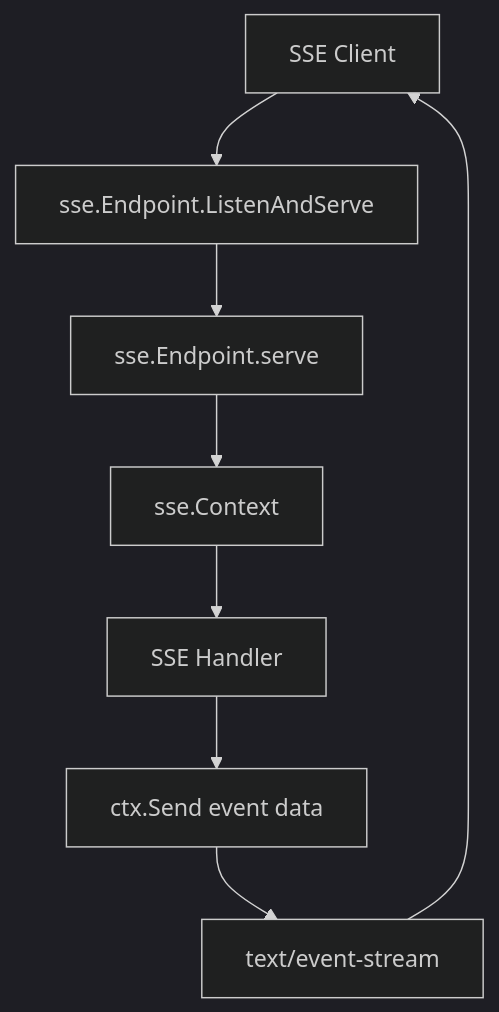
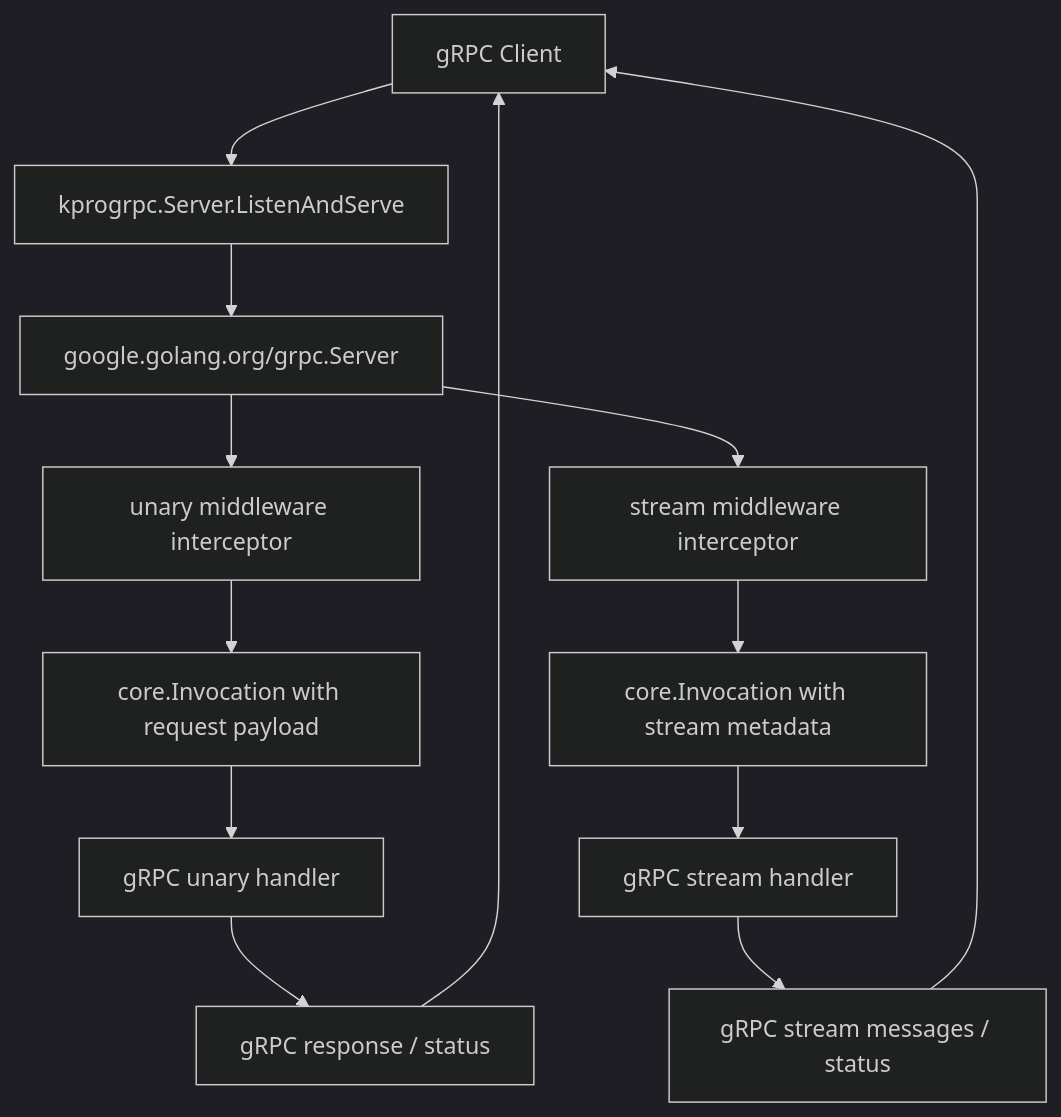
Before and after one commit to saramand9/kpro: the seventh of 8 diagrams in docs/call-flow.md, drawn with Mermaid (dark theme). The commit also changed other lines of this file and 42 other files, not shown here.

Commit message:
refactor: unify protocol middleware invocation

````diff
--- a/docs/call-flow.md
+++ b/docs/call-flow.md
@@ -181,10 +185,15 @@
 ```mermaid
 flowchart TD
-    Client[SSE Client] --> Listen[sse.Endpoint.ListenAndServe]
-    Listen --> Serve[sse.Endpoint.serve]
-    Serve --> Context[sse.Context]
-    Context --> Handler[SSE Handler]
-    Handler --> Send[ctx.Send event data]
-    Send --> Stream[text/event-stream]
-    Stream --> Client
+    Client[gRPC Client] --> Listen[kprogrpc.Server.ListenAndServe]
+    Listen --> GRPCServer[google.golang.org/grpc.Server]
+    GRPCServer --> UnaryInterceptor[unary middleware interceptor]
+    GRPCServer --> StreamInterceptor[stream middleware interceptor]
+    UnaryInterceptor --> UnaryContext[core.Invocation with request payload]
+    StreamInterceptor --> StreamContext[core.Invocation with stream metadata]
+    UnaryContext --> ServiceHandler[gRPC unary handler]
+    StreamContext --> StreamHandler[gRPC stream handler]
+    ServiceHandler --> Response[gRPC response / status]
+    StreamHandler --> StreamResponse[gRPC stream messages / status]
+    Response --> Client
+    StreamResponse --> Client
 ```
````
